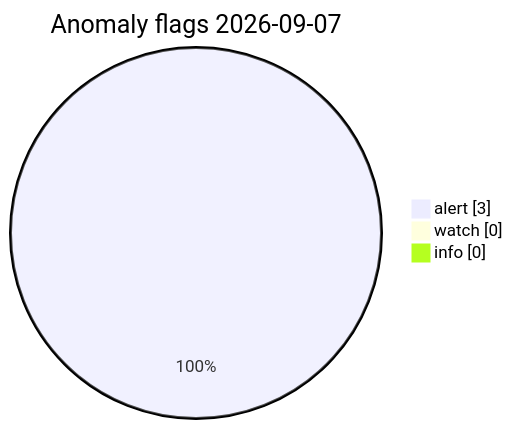
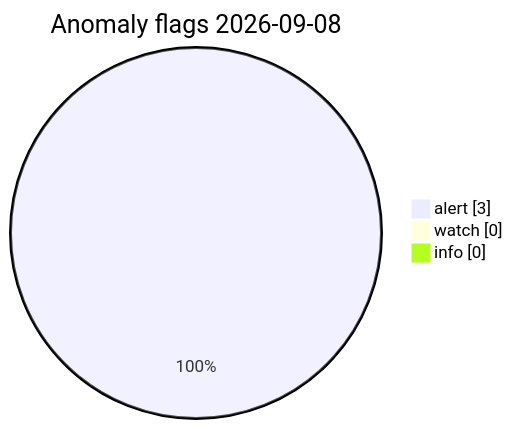
The diagram in visuals/latest/CHARTS.md (Midwest-Stratospheric/Unified-Open-Global-Weather), drawn with Mermaid before and after one commit. The commit also changed other lines of this file and 11 other files, not shown here.

Commit message:
data(visuals): automated charts 2026-09-08T11:23Z

````diff
--- a/visuals/latest/CHARTS.md
+++ b/visuals/latest/CHARTS.md
@@ -73,7 +73,7 @@
 ```mermaid
 pie showData
-  title Anomaly flags 2026-09-07
+  title Anomaly flags 2026-09-08
   "alert" : 3
   "watch" : 0
   "info" : 0
 ```
````
